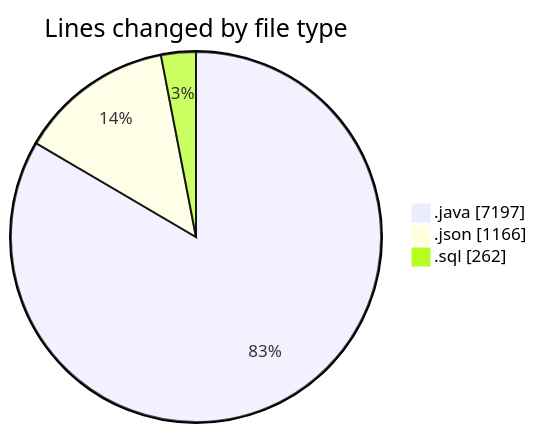
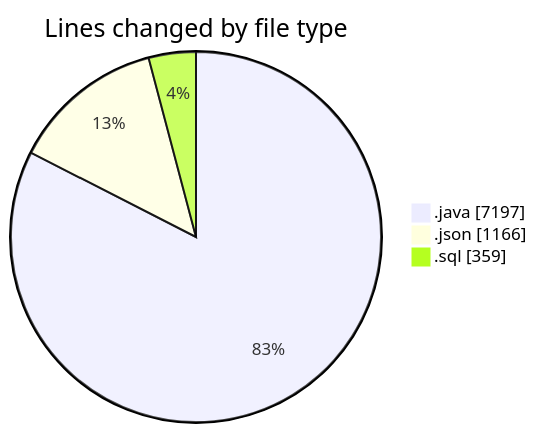
Before and after one commit to ricardozamudiocil/code-tracking: the first of 2 diagrams in 2026-06-10/cilapp/README.md, drawn with Mermaid. The commit also changed other lines of this file and 1 other file, not shown here.

````diff
--- a/2026-06-10/cilapp/README.md
+++ b/2026-06-10/cilapp/README.md
@@ -24,7 +25,7 @@
 ```mermaid
 pie showData
 title Lines changed by file type
 ".java" : 7197
 ".json" : 1166
-".sql" : 262
+".sql" : 359
 ```
````
